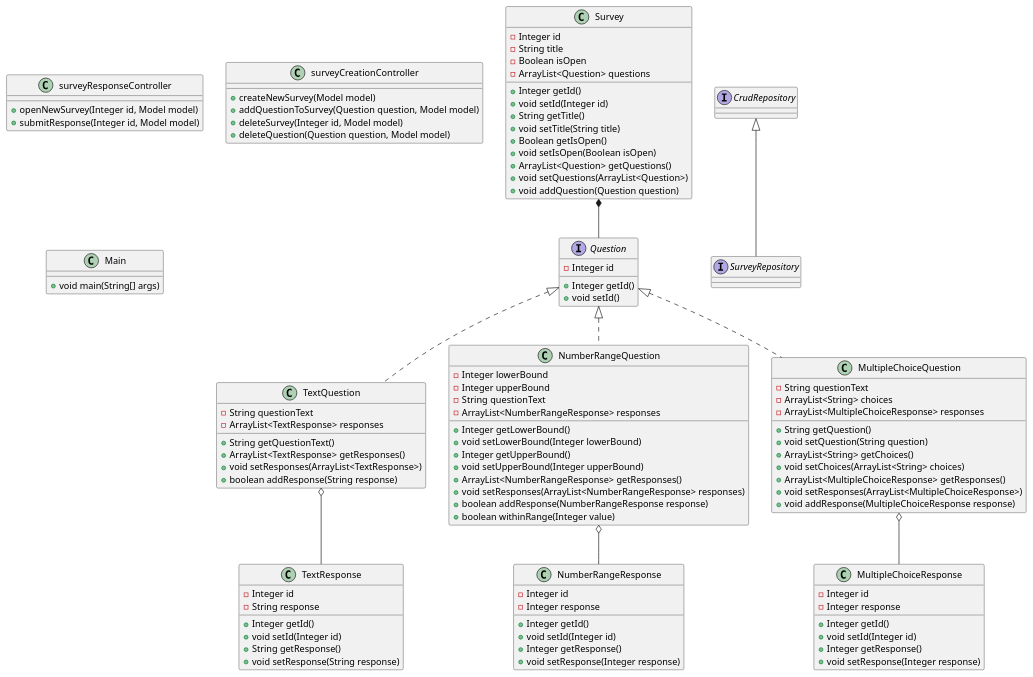
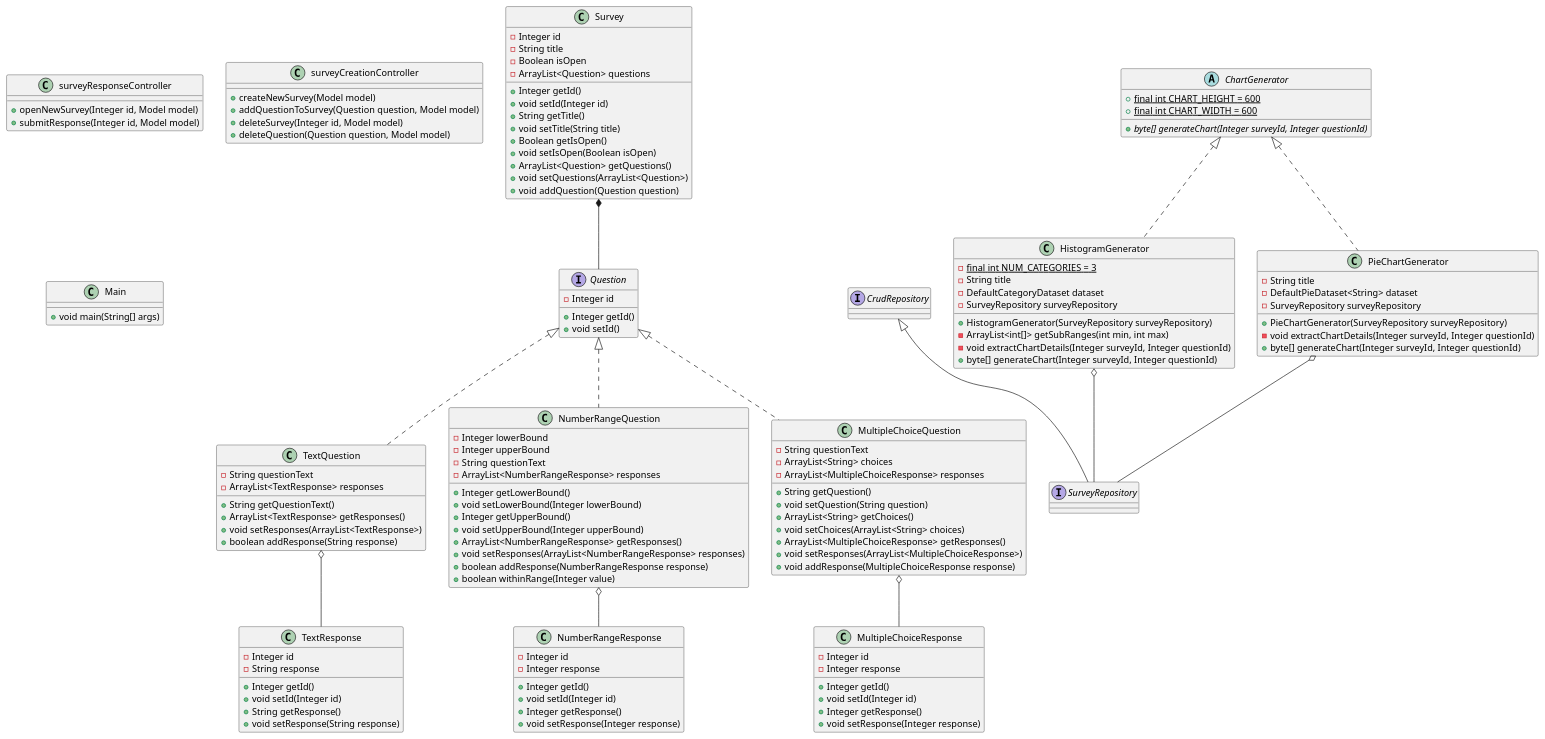
Before and after one commit to elyssagrant/SYSC4806-Group-Project: the diagram in plantUML/java-class-diagram.puml, drawn with PlantUML.

Commit message:
Update UML diagram

```diff
--- a/plantUML/java-class-diagram.puml
+++ b/plantUML/java-class-diagram.puml
@@ -1,116 +1,143 @@
 @startuml
 class Survey{
 - Integer id
 - String title
 - Boolean isOpen
 - ArrayList<Question> questions
 + Integer getId()
 + void setId(Integer id)
 + String getTitle()
 + void setTitle(String title)
 + Boolean getIsOpen()
 + void setIsOpen(Boolean isOpen)
 + ArrayList<Question> getQuestions()
 + void setQuestions(ArrayList<Question>)
 + void addQuestion(Question question)
 }
 
 interface Question {
     - Integer id
     + Integer getId()
     + void setId()
 }
 
 class TextQuestion implements Question {
 - String questionText
 - ArrayList<TextResponse> responses
 + String getQuestionText()
 + ArrayList<TextResponse> getResponses()
 + void setResponses(ArrayList<TextResponse>)
 + boolean addResponse(String response)
 }
 
 class NumberRangeQuestion implements Question{
 - Integer lowerBound
 - Integer upperBound
 - String questionText
 - ArrayList<NumberRangeResponse> responses
 + Integer getLowerBound()
 + void setLowerBound(Integer lowerBound)
 + Integer getUpperBound()
 + void setUpperBound(Integer upperBound)
 + ArrayList<NumberRangeResponse> getResponses()
 + void setResponses(ArrayList<NumberRangeResponse> responses)
 + boolean addResponse(NumberRangeResponse response)
 + boolean withinRange(Integer value)
 }
 
 class MultipleChoiceQuestion implements Question{
 - String questionText
 - ArrayList<String> choices
 - ArrayList<MultipleChoiceResponse> responses
 + String getQuestion()
 + void setQuestion(String question)
 + ArrayList<String> getChoices()
 + void setChoices(ArrayList<String> choices)
 + ArrayList<MultipleChoiceResponse> getResponses()
 + void setResponses(ArrayList<MultipleChoiceResponse>)
 + void addResponse(MultipleChoiceResponse response)
 }
 
 class TextResponse {
 - Integer id
 - String response
 + Integer getId()
 + void setId(Integer id)
 + String getResponse()
 + void setResponse(String response)
 }
 
 class NumberRangeResponse{
 - Integer id
 - Integer response
 + Integer getId()
 + void setId(Integer id)
 + Integer getResponse()
 + void setResponse(Integer response)
 }
 
 class MultipleChoiceResponse {
 - Integer id
 - Integer response
 + Integer getId()
 + void setId(Integer id)
 + Integer getResponse()
 + void setResponse(Integer response)
 }
 
 class surveyResponseController {
 + openNewSurvey(Integer id, Model model)
 + submitResponse(Integer id, Model model)
 }
 
 class surveyCreationController {
 + createNewSurvey(Model model)
 + addQuestionToSurvey(Question question, Model model)
 + deleteSurvey(Integer id, Model model)
 + deleteQuestion(Question question, Model model)
 }
 
 class Main {
 + void main(String[] args)
 }
 
 interface CrudRepository {
 
 }
 
 interface SurveyRepository implements CrudRepository {
 
 }
+abstract class ChartGenerator {
++ {static} final int CHART_HEIGHT = 600
++ {static} final int CHART_WIDTH = 600
++ {abstract} byte[] generateChart(Integer surveyId, Integer questionId)
+}
+
+class HistogramGenerator implements ChartGenerator{
+- {static} final int NUM_CATEGORIES = 3
+- String title
+- DefaultCategoryDataset dataset
+- SurveyRepository surveyRepository
++ HistogramGenerator(SurveyRepository surveyRepository)
+- ArrayList<int[]> getSubRanges(int min, int max)
+- void extractChartDetails(Integer surveyId, Integer questionId)
++ byte[] generateChart(Integer surveyId, Integer questionId)
+}
+
+class PieChartGenerator implements ChartGenerator{
+- String title
+- DefaultPieDataset<String> dataset
+- SurveyRepository surveyRepository
++ PieChartGenerator(SurveyRepository surveyRepository)
+- void extractChartDetails(Integer surveyId, Integer questionId)
++ byte[] generateChart(Integer surveyId, Integer questionId)
+}
 
 Survey *-- Question
 TextQuestion o-- TextResponse
 NumberRangeQuestion o-- NumberRangeResponse
 MultipleChoiceQuestion o-- MultipleChoiceResponse
+HistogramGenerator o-- SurveyRepository
+PieChartGenerator o-- SurveyRepository
 @enduml
```
